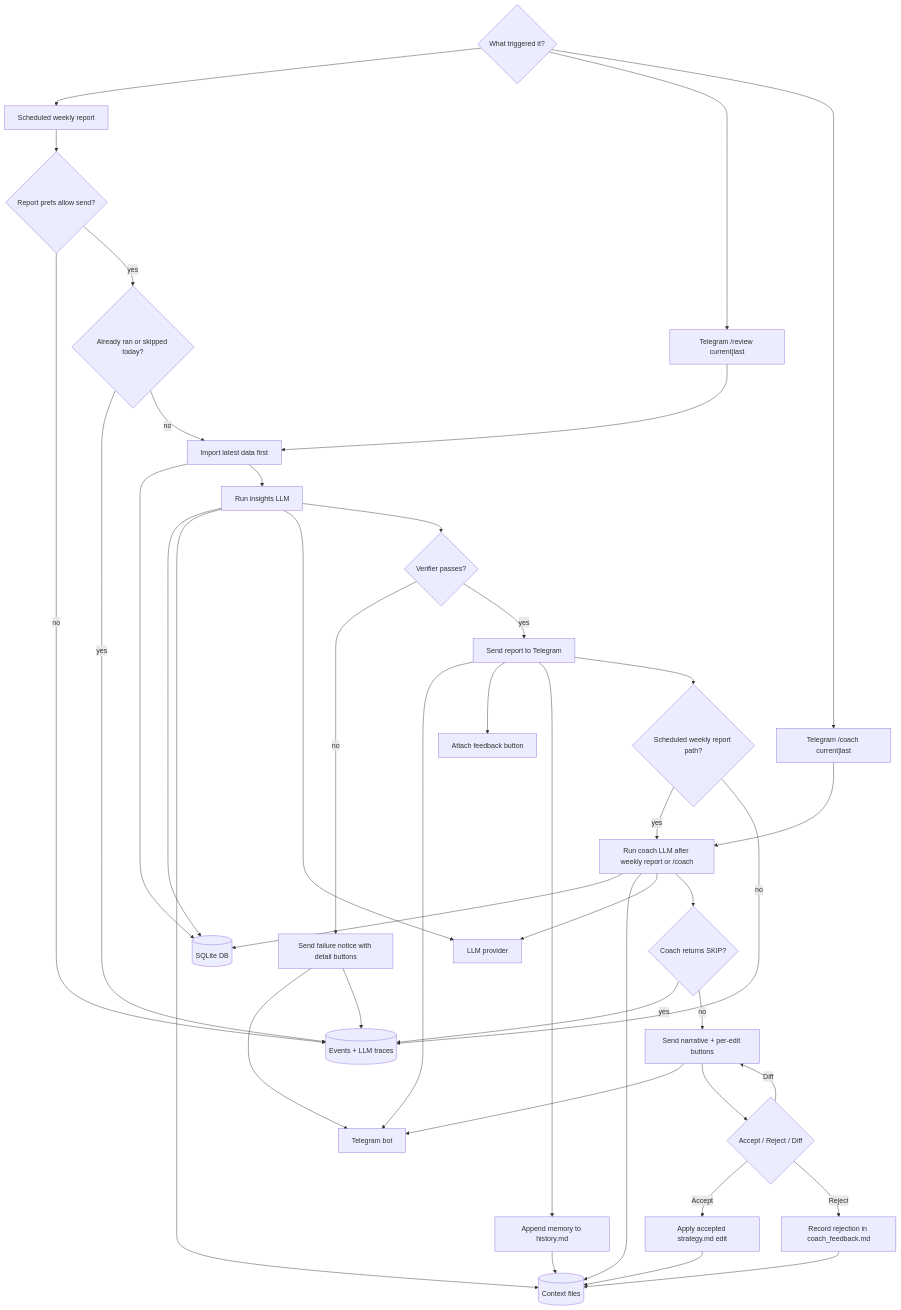
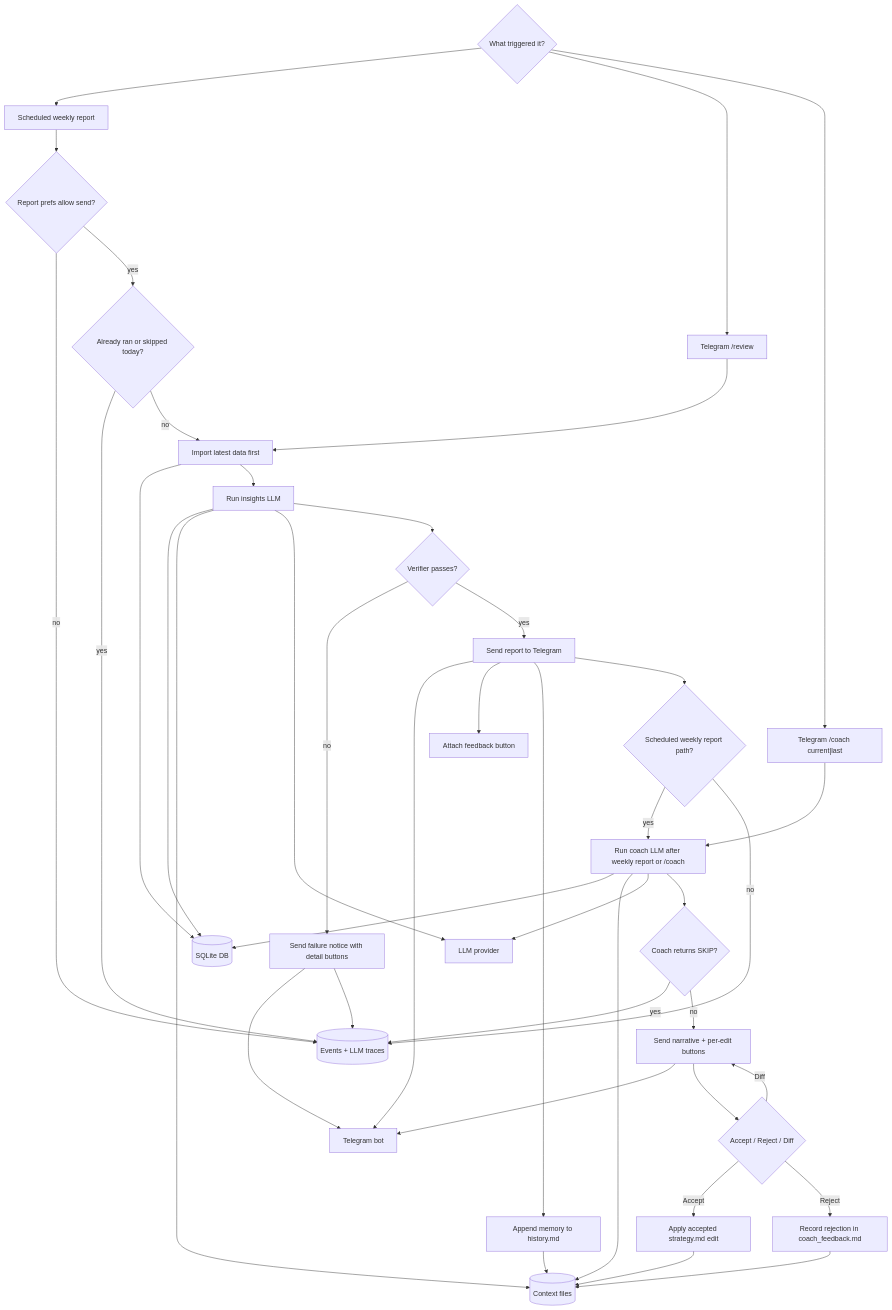
Before and after one commit to Alchemication/zdrowskit: the fifth of 8 diagrams in docs/user-flow.md, drawn with Mermaid. The commit also changed 19 other files, not shown here.

````diff
--- a/docs/user-flow.md
+++ b/docs/user-flow.md
@@ -234,69 +234,69 @@
 ```mermaid
 flowchart TD
     trigger{"What triggered it?"}
     weeklySchedule["Scheduled weekly report"]
-    reviewCmd["Telegram /review current|last"]
+    reviewCmd["Telegram /review"]
     coachCmd["Telegram /coach current|last"]
     importData["Import latest data first"]
     prefs{"Report prefs allow send?"}
     already{"Already ran or skipped today?"}
     insights["Run insights LLM"]
     verify{"Verifier passes?"}
     sendReport["Send report to Telegram"]
     weeklyPath{"Scheduled weekly report path?"}
     memory["Append memory to history.md"]
     feedback["Attach feedback button"]
     coach["Run coach LLM after weekly report or /coach"]
     coachSkip{"Coach returns SKIP?"}
     bundle["Send narrative + per-edit buttons"]
     decision{"Accept / Reject / Diff"}
     apply["Apply accepted strategy.md edit"]
     reject["Record rejection in coach_feedback.md"]
     fail["Send failure notice with detail buttons"]
     db[(SQLite DB)]
     context[(Context files)]
     llm["LLM provider"]
     telegram["Telegram bot"]
     eventLog[(Events + LLM traces)]
 
     trigger --> weeklySchedule
     trigger --> reviewCmd
     trigger --> coachCmd
     weeklySchedule --> prefs
     reviewCmd --> importData
     prefs -- no --> eventLog
     prefs -- yes --> already
     already -- yes --> eventLog
     already -- no --> importData
     importData --> db
     importData --> insights
     insights --> db
     insights --> context
     insights --> llm
     insights --> verify
     verify -- no --> fail
     verify -- yes --> sendReport
     sendReport --> telegram
     sendReport --> feedback
     sendReport --> memory
     sendReport --> weeklyPath
     memory --> context
     weeklyPath -- yes --> coach
     weeklyPath -- no --> eventLog
     coachCmd --> coach
     coach --> db
     coach --> context
     coach --> llm
     coach --> coachSkip
     coachSkip -- yes --> eventLog
     coachSkip -- no --> bundle
     bundle --> telegram
     bundle --> decision
     decision -- Accept --> apply
     decision -- Reject --> reject
     decision -- Diff --> bundle
     apply --> context
     reject --> context
     fail --> telegram
     fail --> eventLog
 ```
````
